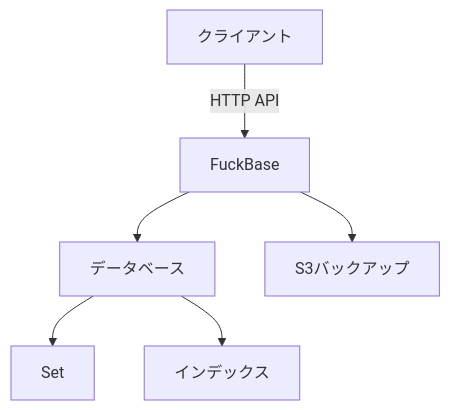
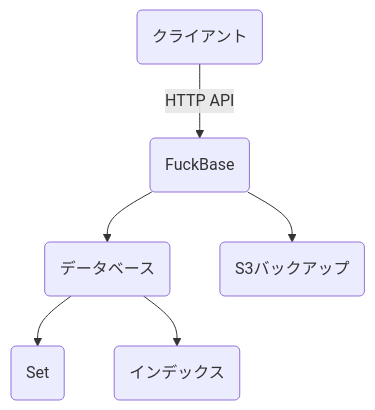
Before and after one commit to ssig33/fuckbase: the first of 6 diagrams in textbooks/01_introduction.md, drawn with Mermaid. The commit also changed other lines of this file and 6 other files, not shown here.

Commit message:
Fix Mermaid diagrams in all textbooks by using parentheses for node text and curly braces for decision nodes

````diff
--- a/textbooks/01_introduction.md
+++ b/textbooks/01_introduction.md
@@ -7,8 +7,8 @@
 ```mermaid
 graph TD
-    A[クライアント] -->|HTTP API| B[FuckBase]
-    B --> C[データベース]
-    C --> D[Set]
-    C --> E[インデックス]
-    B --> F[S3バックアップ]
+    A("クライアント") -->|HTTP API| B("FuckBase")
+    B --> C("データベース")
+    C --> D("Set")
+    C --> E("インデックス")
+    B --> F("S3バックアップ")
 ```
````
